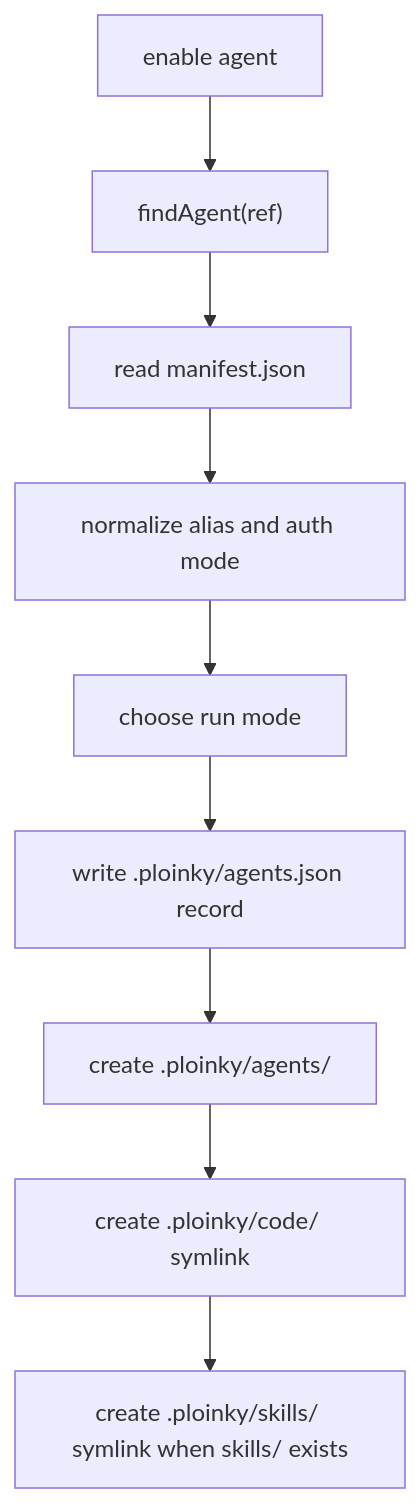
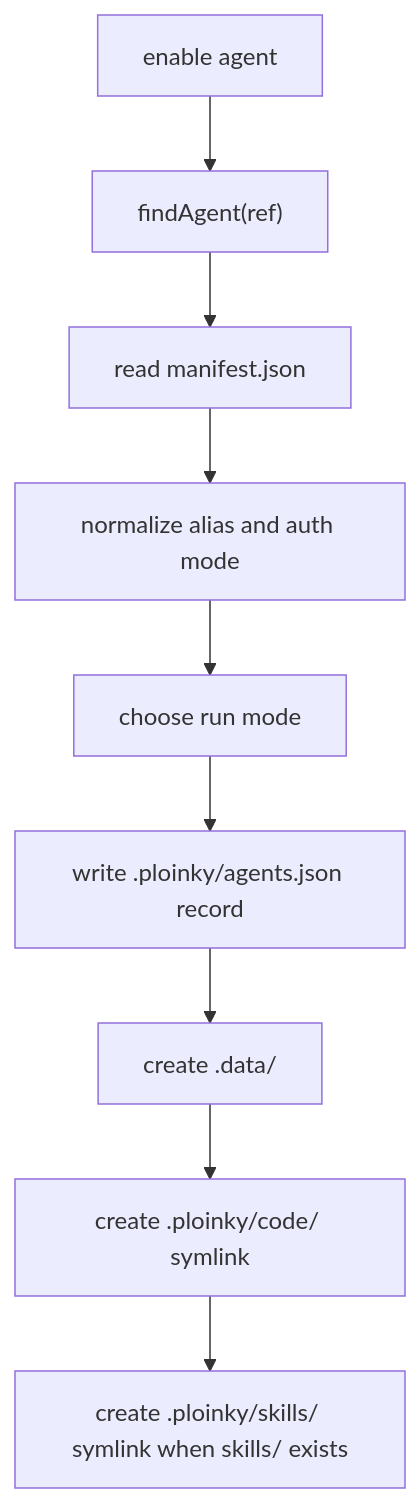
The first of 5 diagrams in docs/code-derived-agent-lifecycle.md (AssistOS-AI/ploinky), drawn with Mermaid before and after one commit. The commit also changed other lines of this file and 39 other files, not shown here.

Commit message:
agents data stays in .data folder, persists after destroy

````diff
--- a/docs/code-derived-agent-lifecycle.md
+++ b/docs/code-derived-agent-lifecycle.md
@@ -122,11 +122,11 @@
 ```mermaid
 flowchart TD
   A["enable agent <ref>"] --> B["findAgent(ref)"]
   B --> C["read manifest.json"]
   C --> D["normalize alias and auth mode"]
   D --> E["choose run mode"]
   E --> F["write .ploinky/agents.json record"]
-  F --> G["create .ploinky/agents/<agent>"]
+  F --> G["create .data/<agent-or-alias>"]
   G --> H["create .ploinky/code/<agent> symlink"]
   H --> I["create .ploinky/skills/<agent> symlink when skills/ exists"]
 ```
````
